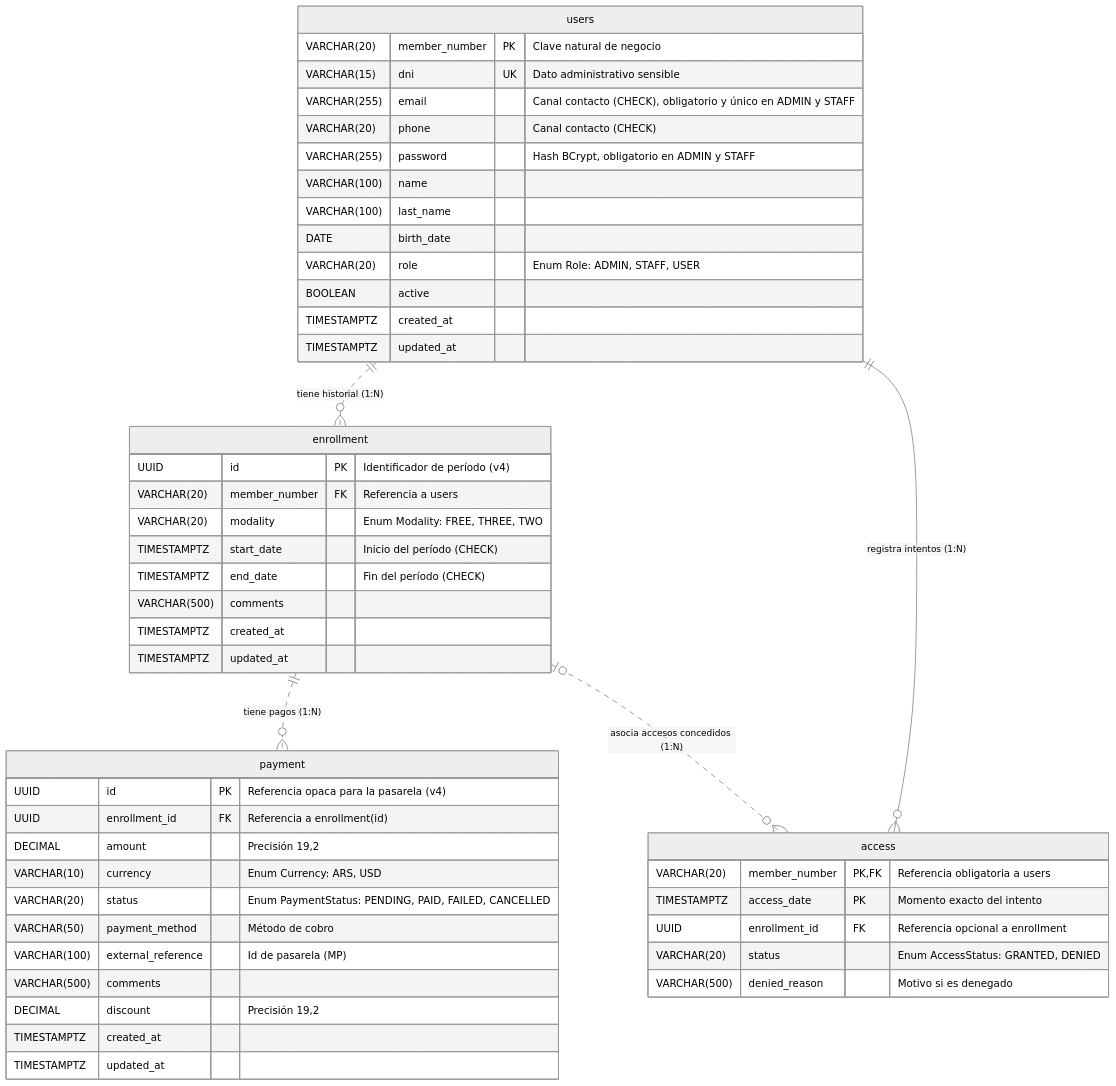
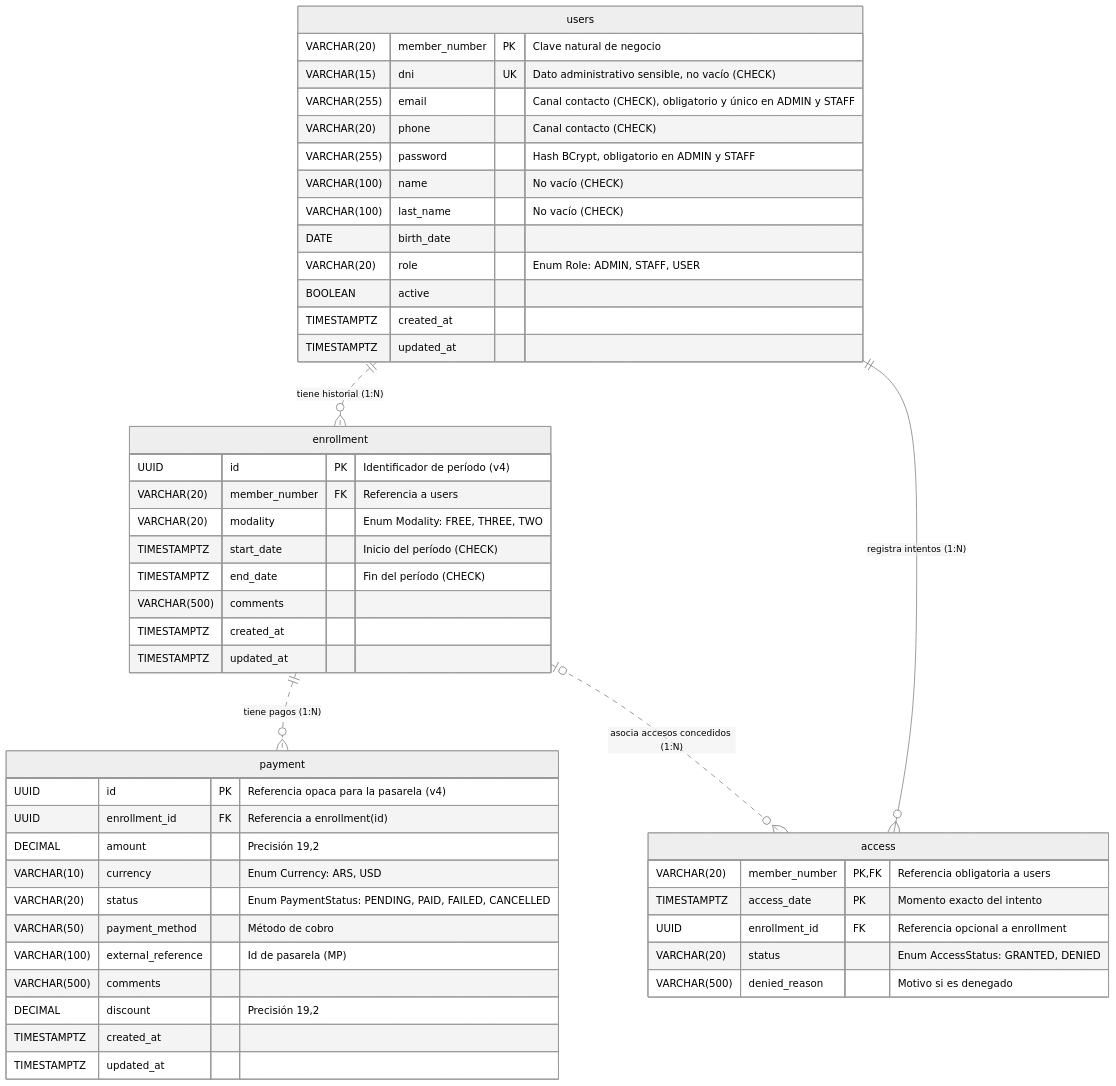
One commit to santiagovOK/TFI_grupo144 changed the diagram in docs/entidades.md. Above: the diagram before and after it, drawn with Mermaid (neutral theme). The commit also changed other lines of this file and 1 other file, not shown here.

Commit message:
refactor(schema): no permitir nombre, apellido ni DNI vacíos

````diff
--- a/docs/entidades.md
+++ b/docs/entidades.md
@@ -7,51 +7,51 @@
 ```mermaid
 erDiagram
     users {
         VARCHAR(20) member_number PK "Clave natural de negocio"
-        VARCHAR(15) dni UK "Dato administrativo sensible"
+        VARCHAR(15) dni UK "Dato administrativo sensible, no vacío (CHECK)"
         VARCHAR(255) email "Canal contacto (CHECK), obligatorio y único en ADMIN y STAFF"
         VARCHAR(20) phone "Canal contacto (CHECK)"
         VARCHAR(255) password "Hash BCrypt, obligatorio en ADMIN y STAFF"
-        VARCHAR(100) name
-        VARCHAR(100) last_name
+        VARCHAR(100) name "No vacío (CHECK)"
+        VARCHAR(100) last_name "No vacío (CHECK)"
         DATE birth_date
         VARCHAR(20) role "Enum Role: ADMIN, STAFF, USER"
         BOOLEAN active
         TIMESTAMPTZ created_at
         TIMESTAMPTZ updated_at
     }
     enrollment {
         UUID id PK "Identificador de período (v4)"
         VARCHAR(20) member_number FK "Referencia a users"
         VARCHAR(20) modality "Enum Modality: FREE, THREE, TWO"
         TIMESTAMPTZ start_date "Inicio del período (CHECK)"
         TIMESTAMPTZ end_date "Fin del período (CHECK)"
         VARCHAR(500) comments
         TIMESTAMPTZ created_at
         TIMESTAMPTZ updated_at
     }
     payment {
         UUID id PK "Referencia opaca para la pasarela (v4)"
         UUID enrollment_id FK "Referencia a enrollment(id)"
         DECIMAL amount "Precisión 19,2"
         VARCHAR(10) currency "Enum Currency: ARS, USD"
         VARCHAR(20) status "Enum PaymentStatus: PENDING, PAID, FAILED, CANCELLED"
         VARCHAR(50) payment_method "Método de cobro"
         VARCHAR(100) external_reference "Id de pasarela (MP)"
         VARCHAR(500) comments
         DECIMAL discount "Precisión 19,2"
         TIMESTAMPTZ created_at
         TIMESTAMPTZ updated_at
     }
     access {
         VARCHAR(20) member_number PK,FK "Referencia obligatoria a users"
         TIMESTAMPTZ access_date PK "Momento exacto del intento"
         UUID enrollment_id FK "Referencia opcional a enrollment"
         VARCHAR(20) status "Enum AccessStatus: GRANTED, DENIED"
         VARCHAR(500) denied_reason "Motivo si es denegado"
     }
     users ||..o{ enrollment : "tiene historial (1:N)"
     users ||--o{ access : "registra intentos (1:N)"
     enrollment ||..o{ payment : "tiene pagos (1:N)"
     enrollment |o..o{ access : "asocia accesos concedidos (1:N)"
 ```
````
